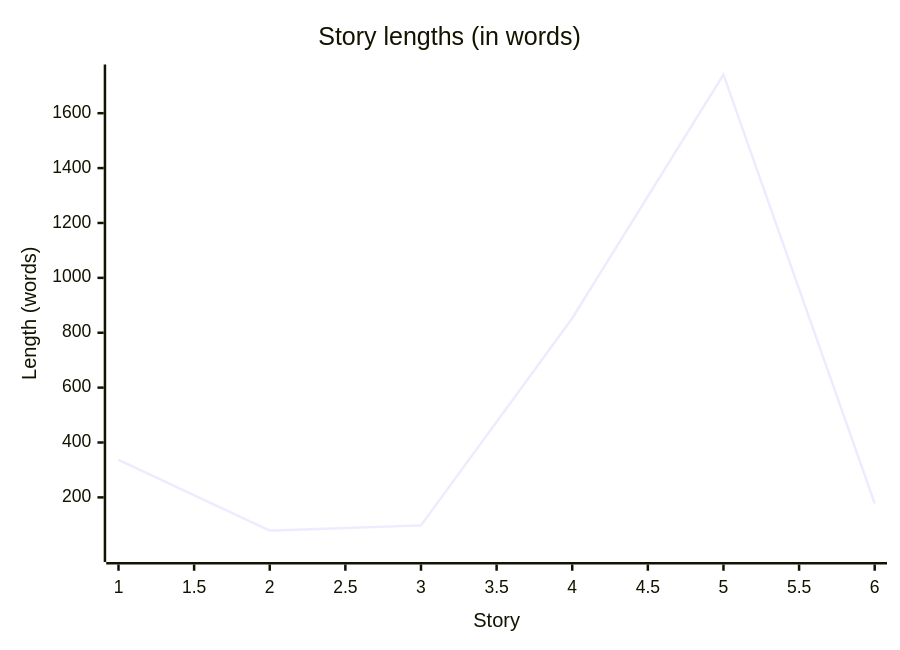
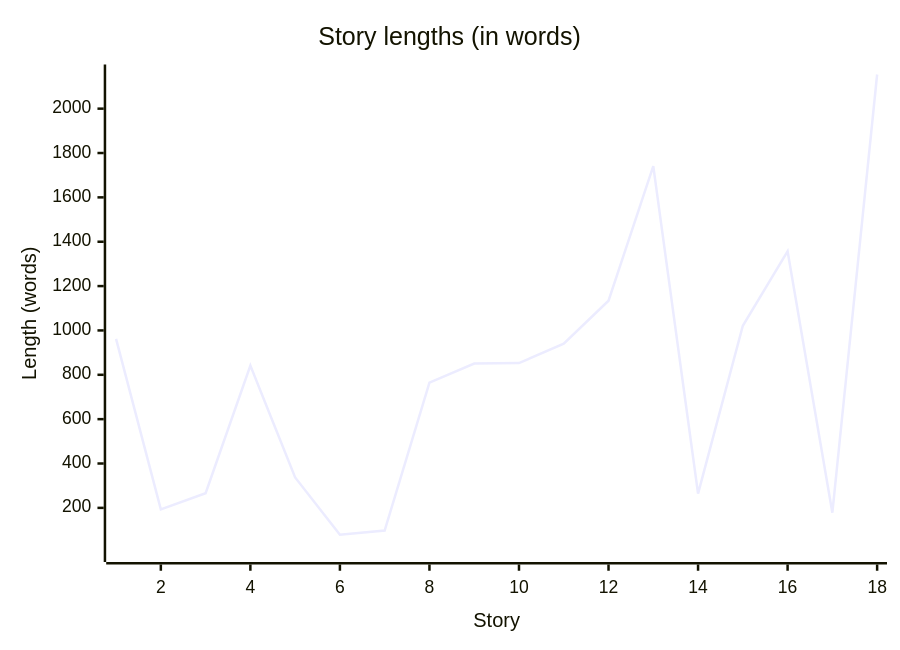
The second of 2 diagrams in tell/README.md (g-ongenae/blog), drawn with Mermaid before and after one commit. The commit also changed other lines of this file and 18 other files, not shown here.

````diff
--- a/tell/README.md
+++ b/tell/README.md
@@ -176,7 +176,7 @@
 ```mermaid
 xychart-beta
   title "Story lengths (in words)"
-  x-axis "Story" 1 --> 6
-  y-axis "Length (words)" 1 --> 1741
-  line [337, 79, 98, 853, 1741, 178]
+  x-axis "Story" 1 --> 18
+  y-axis "Length (words)" 1 --> 2154
+  line [962, 193, 266, 842, 337, 79, 98, 765, 851, 853, 940, 1134, 1741, 264, 1021, 1357, 178, 2154]
 ```
````
